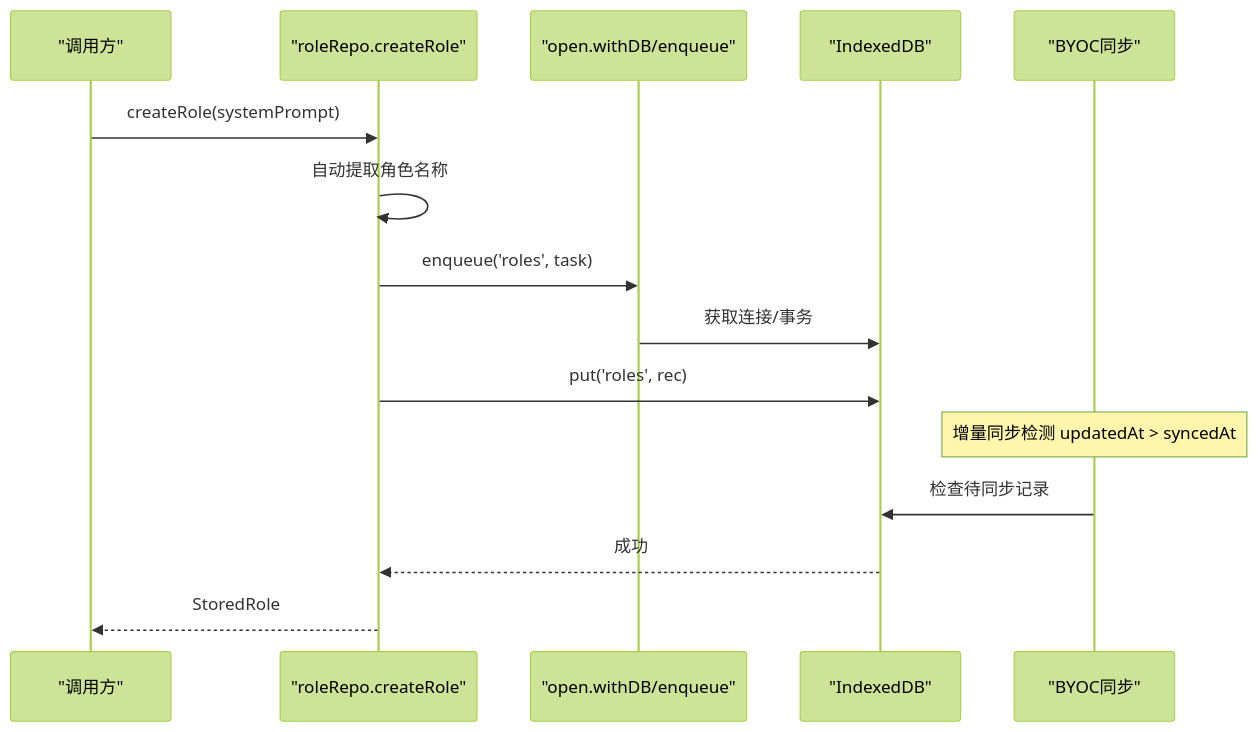
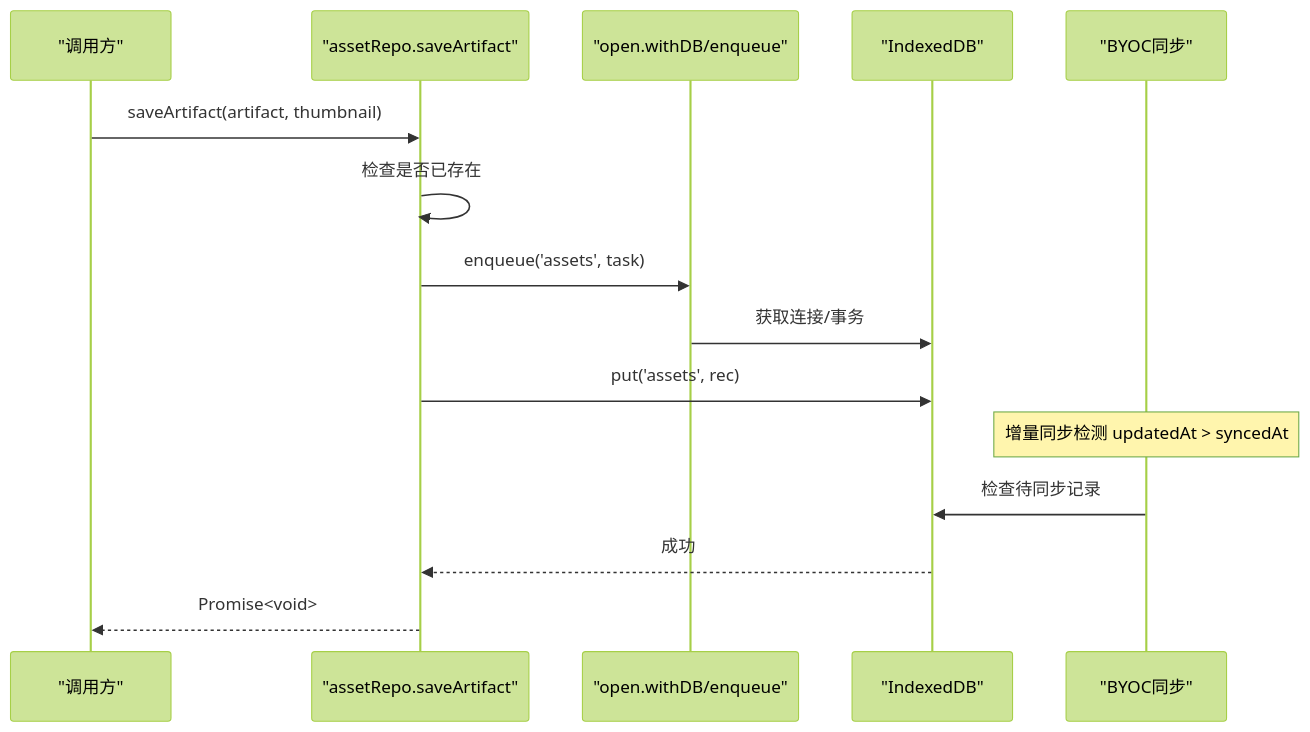
Before and after one commit to billye220670/AIShop: the second of 14 diagrams in .qoder/repowiki/zh/content/数据持久化/数据库层/数据库层.md, drawn with Mermaid (forest theme). The commit also changed other lines of this file and 44 other files, not shown here.

First line of the commit message:
feat: 图片全屏查看器手势缩放 + 用户图片直出与库图片预览接入

````diff
--- a/.qoder/repowiki/zh/content/数据持久化/数据库层/数据库层.md
+++ b/.qoder/repowiki/zh/content/数据持久化/数据库层/数据库层.md
@@ -125,17 +134,17 @@
 ```mermaid
 sequenceDiagram
 participant UI as "调用方"
-participant Role as "roleRepo.createRole"
+participant Asset as "assetRepo.saveArtifact"
 participant Open as "open.withDB/enqueue"
 participant IDB as "IndexedDB"
 participant Ret as "BYOC同步"
-UI->>Role : createRole(systemPrompt)
-Role->>Role : 自动提取角色名称
-Role->>Open : enqueue('roles', task)
+UI->>Asset : saveArtifact(artifact, thumbnail)
+Asset->>Asset : 检查是否已存在
+Asset->>Open : enqueue('assets', task)
 Open->>IDB : 获取连接/事务
-Role->>IDB : put('roles', rec)
+Asset->>IDB : put('assets', rec)
 Note over Ret : 增量同步检测 updatedAt > syncedAt
 Ret->>IDB : 检查待同步记录
-IDB-->>Role : 成功
-Role-->>UI : StoredRole
+IDB-->>Asset : 成功
+Asset-->>UI : Promise<void>
 ```
````
